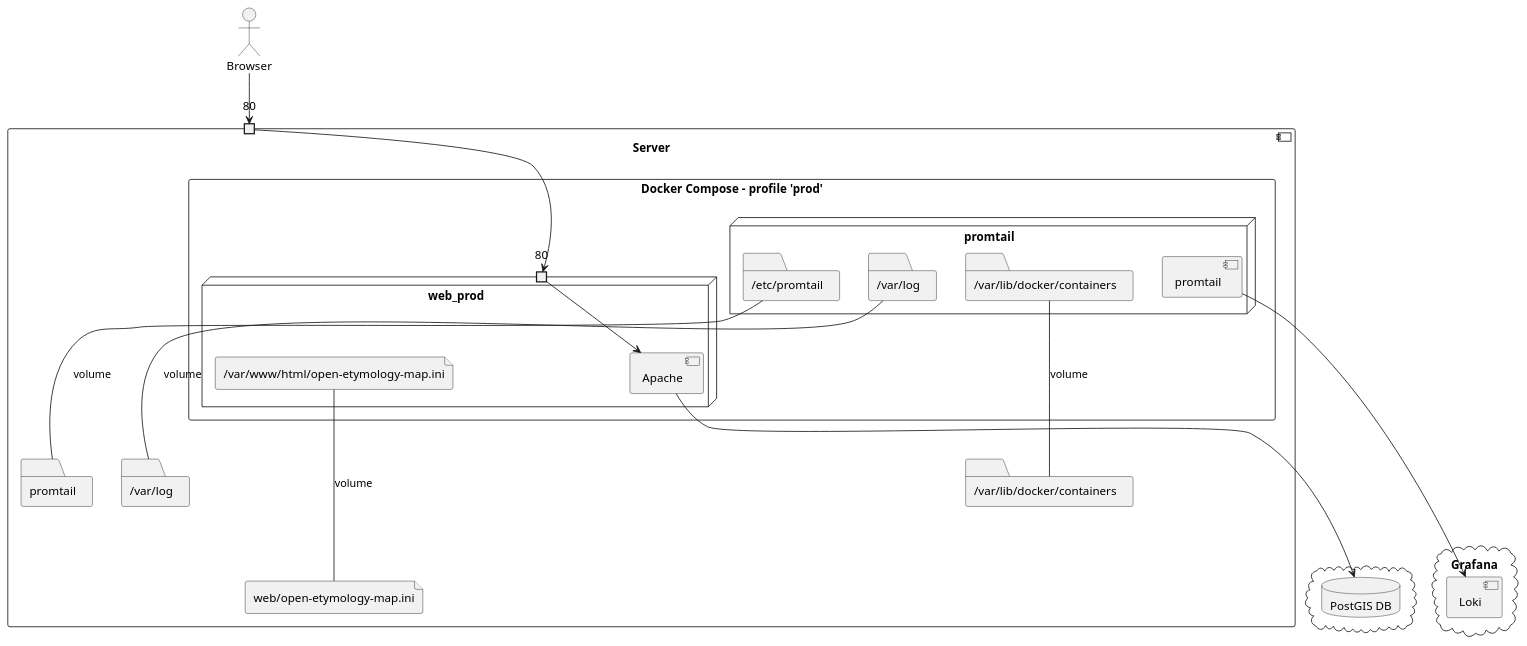
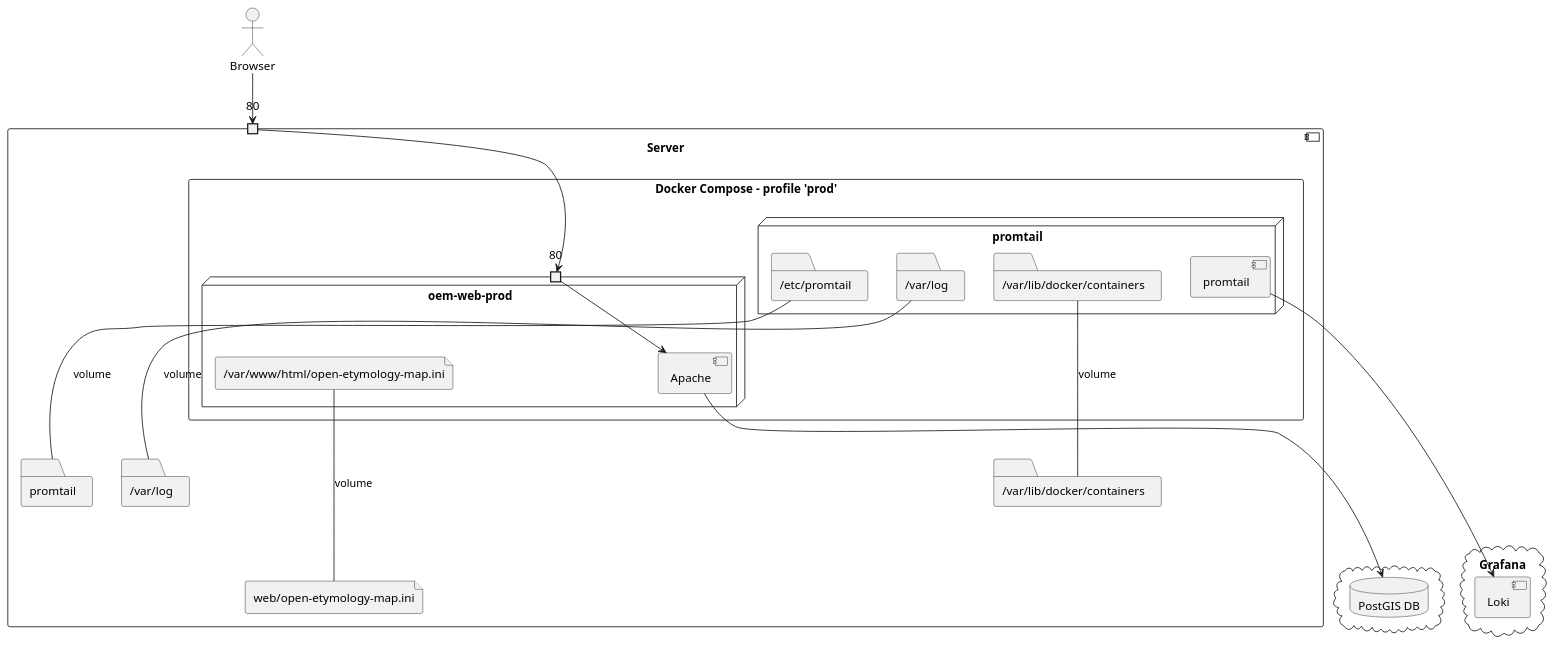
The diagram in images/prod_deployment.plantuml (Danysan1/osm-wikidata-map-framework), drawn with PlantUML before and after one commit. The commit also changed 12 other files, not shown here.

```diff
--- a/images/prod_deployment.plantuml
+++ b/images/prod_deployment.plantuml
@@ -1,45 +1,45 @@
 @startuml prod_deployment
 
 component Server {
   port "80" as 80docker
   rectangle "Docker Compose - profile 'prod'" as docker {
     node promtail {
       component promtail as promInst
       folder "/etc/promtail" as promRem
       folder "/var/log" as logRem
       folder "/var/lib/docker/containers" as contRem
     }
-    node web_prod {
+    node "oem-web-prod" {
       port "80" as 80webProd
       component Apache
       file "/var/www/html/open-etymology-map.ini" as iniRem
     }
   }
   file "web/open-etymology-map.ini" as iniLoc
   folder "promtail" as promLoc
   folder "/var/log" as logLoc
   folder "/var/lib/docker/containers" as contLoc
 }
 cloud Grafana {
   component Loki
 }
 actor Browser
 cloud {
   database "PostGIS DB" as db
 }
 
 iniRem --- iniLoc : volume
 promRem --- promLoc : volume
 logRem --- logLoc : volume
 contRem --- contLoc : volume
 
 Apache ---> db
 
 Browser --> 80docker
 
 80docker --> 80webProd
 
 80webProd --> Apache
 promInst ----> Loki
 
 @enduml
```
